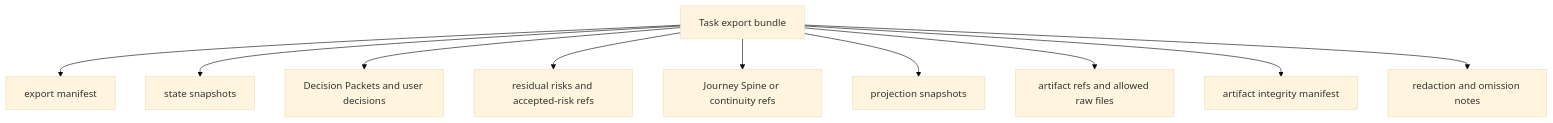
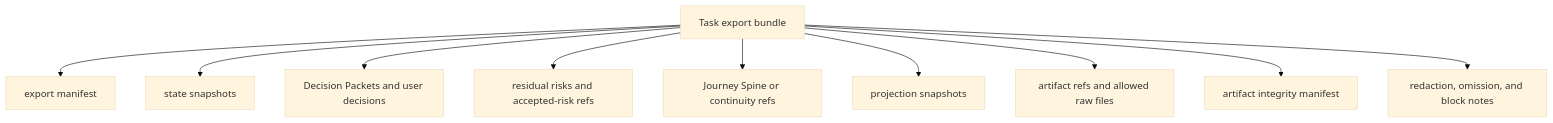
One commit to minjungw00/Volicord changed the tenth of 14 diagrams in docs/en/reference/operations-and-conformance.md. Above: the diagram before and after it, drawn with Mermaid (base theme). The commit also changed other lines of this file and 9 other files, not shown here.

````diff
--- a/docs/en/reference/operations-and-conformance.md
+++ b/docs/en/reference/operations-and-conformance.md
@@ -380,12 +382,12 @@
 ```mermaid
 flowchart TD
   Export["Task export bundle"] --> Manifest["export manifest"]
   Export --> State["state snapshots"]
   Export --> Decisions["Decision Packets and user decisions"]
   Export --> Risks["residual risks and accepted-risk refs"]
   Export --> Journey["Journey Spine or continuity refs"]
   Export --> Projections["projection snapshots"]
   Export --> Artifacts["artifact refs and allowed raw files"]
   Export --> Integrity["artifact integrity manifest"]
-  Export --> Redaction["redaction and omission notes"]
+  Export --> Redaction["redaction, omission, and block notes"]
 ```
````
